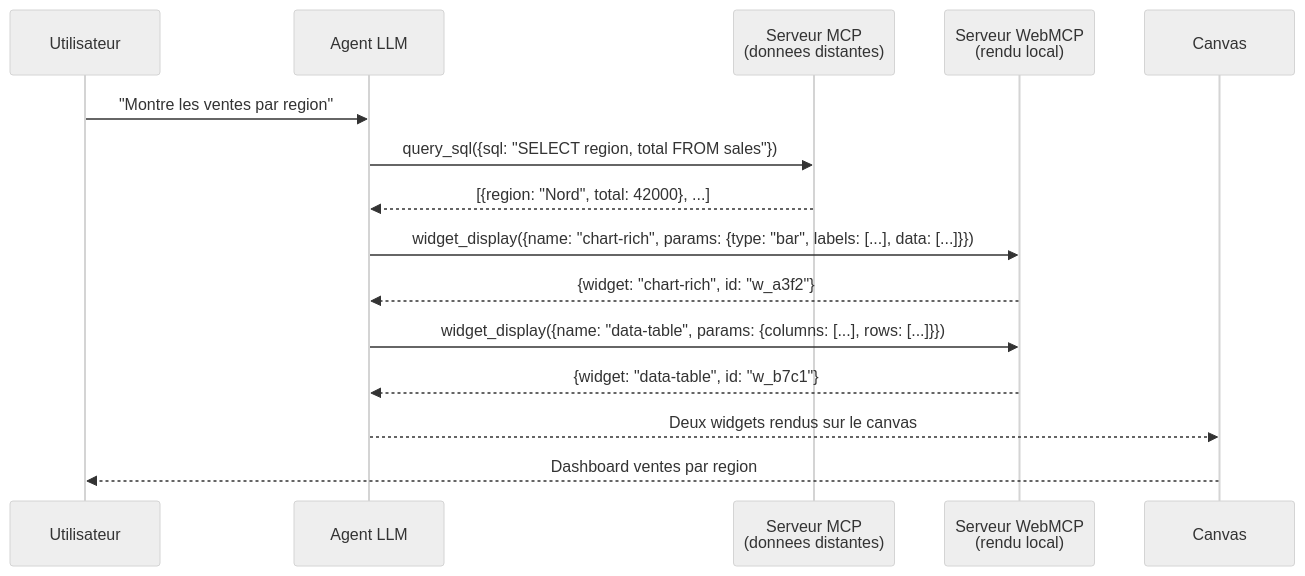
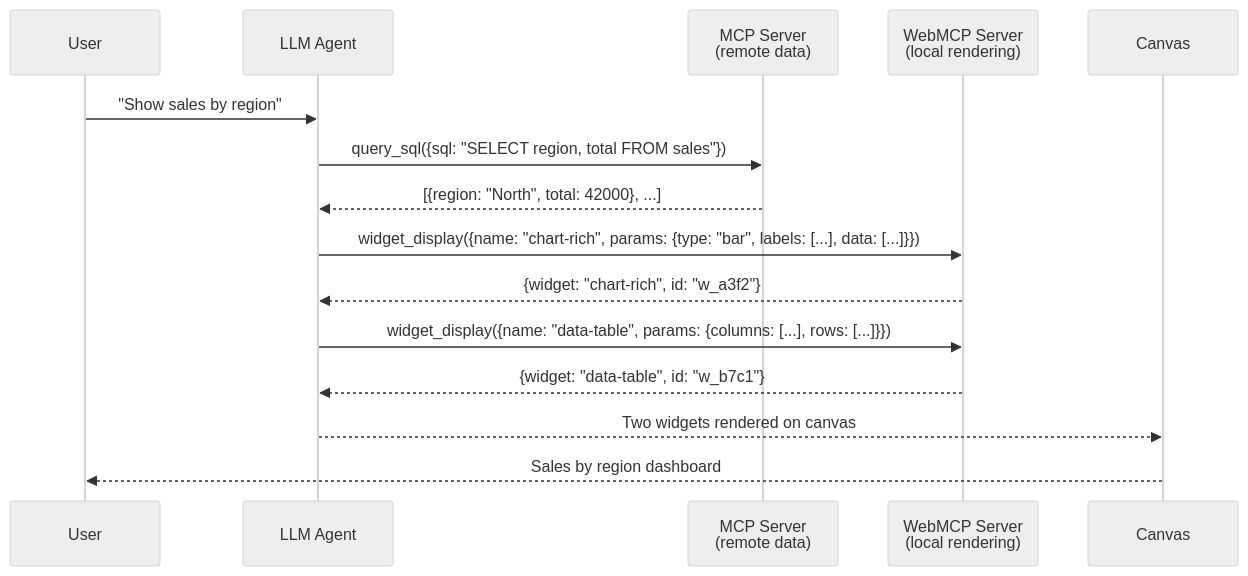
Before and after one commit to jeanbaptiste/webmcp-auto-ui: the second of 2 diagrams in docs/starlight/src/content/docs/concepts/webmcp.md, drawn with Mermaid (neutral theme). The commit also changed other lines of this file and 94 other files, not shown here.

````diff
--- a/docs/starlight/src/content/docs/concepts/webmcp.md
+++ b/docs/starlight/src/content/docs/concepts/webmcp.md
@@ -178,18 +178,18 @@
 ```mermaid
 sequenceDiagram
-    participant U as Utilisateur
-    participant A as Agent LLM
-    participant MCP as Serveur MCP<br/>(donnees distantes)
-    participant WM as Serveur WebMCP<br/>(rendu local)
+    participant U as User
+    participant A as LLM Agent
+    participant MCP as MCP Server<br/>(remote data)
+    participant WM as WebMCP Server<br/>(local rendering)
     participant C as Canvas
 
-    U->>A: "Montre les ventes par region"
+    U->>A: "Show sales by region"
     A->>MCP: query_sql({sql: "SELECT region, total FROM sales"})
-    MCP-->>A: [{region: "Nord", total: 42000}, ...]
+    MCP-->>A: [{region: "North", total: 42000}, ...]
     A->>WM: widget_display({name: "chart-rich", params: {type: "bar", labels: [...], data: [...]}})
     WM-->>A: {widget: "chart-rich", id: "w_a3f2"}
     A->>WM: widget_display({name: "data-table", params: {columns: [...], rows: [...]}})
     WM-->>A: {widget: "data-table", id: "w_b7c1"}
-    A-->>C: Deux widgets rendus sur le canvas
-    C-->>U: Dashboard ventes par region
+    A-->>C: Two widgets rendered on canvas
+    C-->>U: Sales by region dashboard
 ```
````
